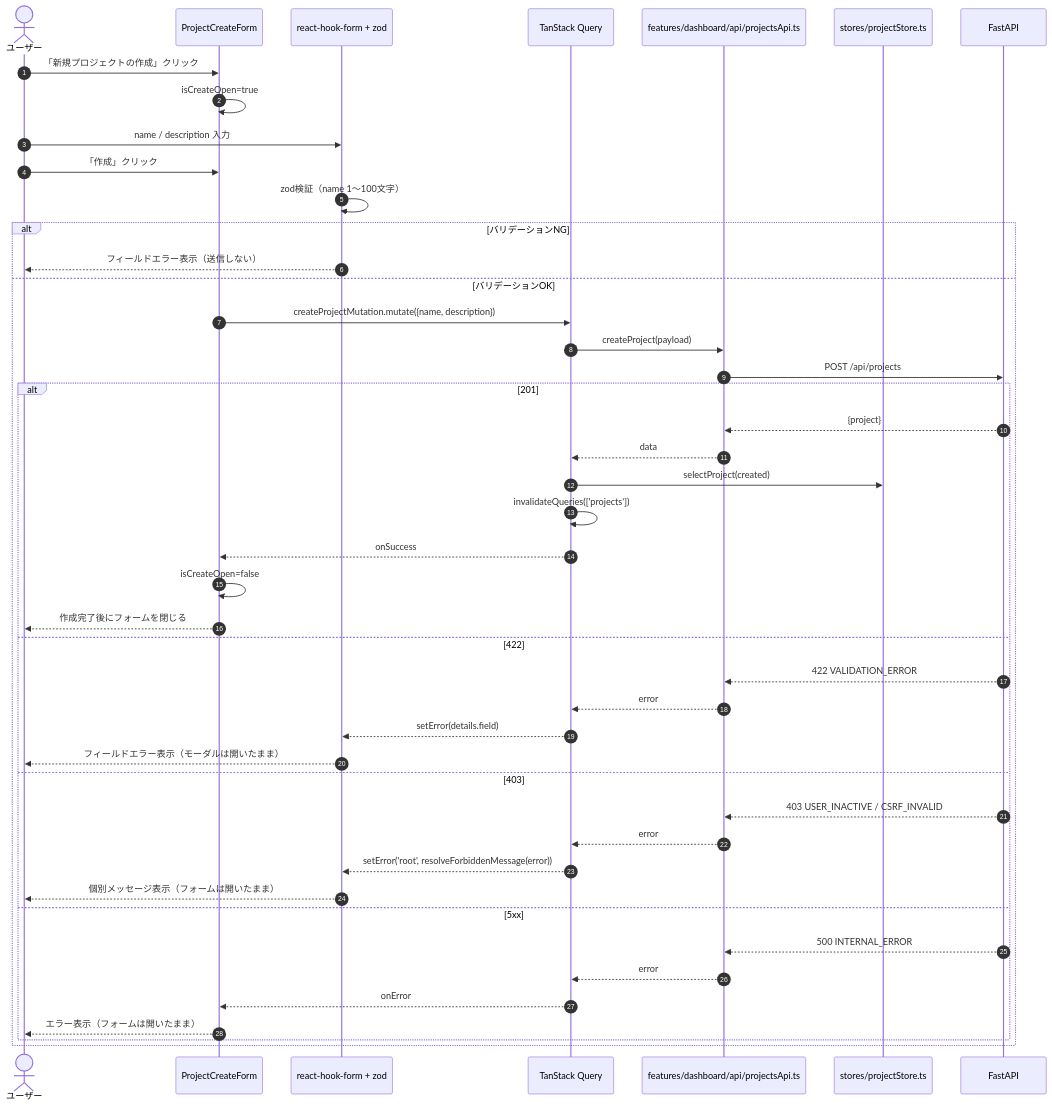
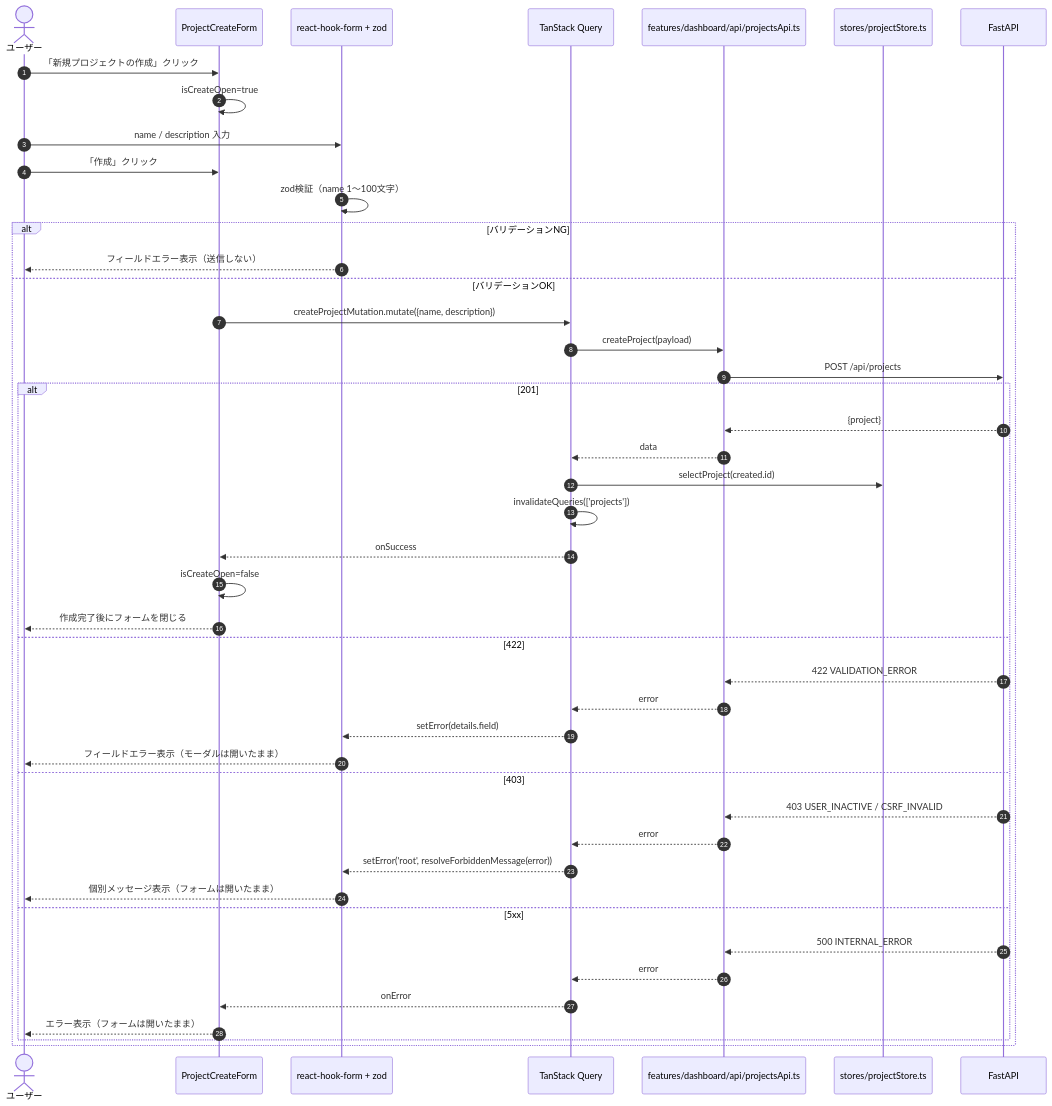
Before and after one commit to oikawa-d/task_management: the third of 5 diagrams in docs/detailed_design/screen/06_dashboard.md, drawn with Mermaid. The commit also changed other lines of this file and 11 other files, not shown here.

````diff
--- a/docs/detailed_design/screen/06_dashboard.md
+++ b/docs/detailed_design/screen/06_dashboard.md
@@ -169,48 +171,48 @@
 ```mermaid
 sequenceDiagram
     autonumber
     actor U as ユーザー
     participant PCF as ProjectCreateForm
     participant RHF as react-hook-form + zod
     participant Q as TanStack Query
     participant EP as features/dashboard/api/projectsApi.ts
     participant PS as stores/projectStore.ts
     participant API as FastAPI
 
     U->>PCF: 「新規プロジェクトの作成」クリック
     PCF->>PCF: isCreateOpen=true
     U->>RHF: name / description 入力
     U->>PCF: 「作成」クリック
     RHF->>RHF: zod検証（name 1〜100文字）
     alt バリデーションNG
         RHF-->>U: フィールドエラー表示（送信しない）
     else バリデーションOK
         PCF->>Q: createProjectMutation.mutate({name, description})
         Q->>EP: createProject(payload)
         EP->>API: POST /api/projects
         alt 201
             API-->>EP: {project}
             EP-->>Q: data
-            Q->>PS: selectProject(created)
+            Q->>PS: selectProject(created.id)
             Q->>Q: invalidateQueries(['projects'])
             Q-->>PCF: onSuccess
             PCF->>PCF: isCreateOpen=false
             PCF-->>U: 作成完了後にフォームを閉じる
         else 422
             API-->>EP: 422 VALIDATION_ERROR
             EP-->>Q: error
             Q-->>RHF: setError(details.field)
             RHF-->>U: フィールドエラー表示（モーダルは開いたまま）
         else 403
             API-->>EP: 403 USER_INACTIVE / CSRF_INVALID
             EP-->>Q: error
             Q-->>RHF: setError('root', resolveForbiddenMessage(error))
             RHF-->>U: 個別メッセージ表示（フォームは開いたまま）
         else 5xx
             API-->>EP: 500 INTERNAL_ERROR
             EP-->>Q: error
             Q-->>PCF: onError
             PCF-->>U: エラー表示（フォームは開いたまま）
         end
     end
 ```
````
